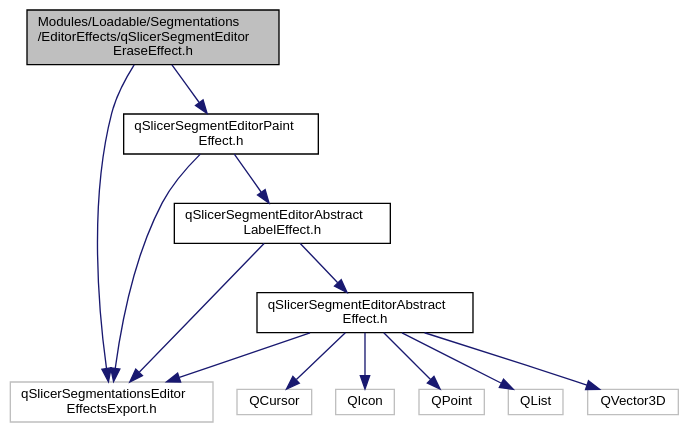
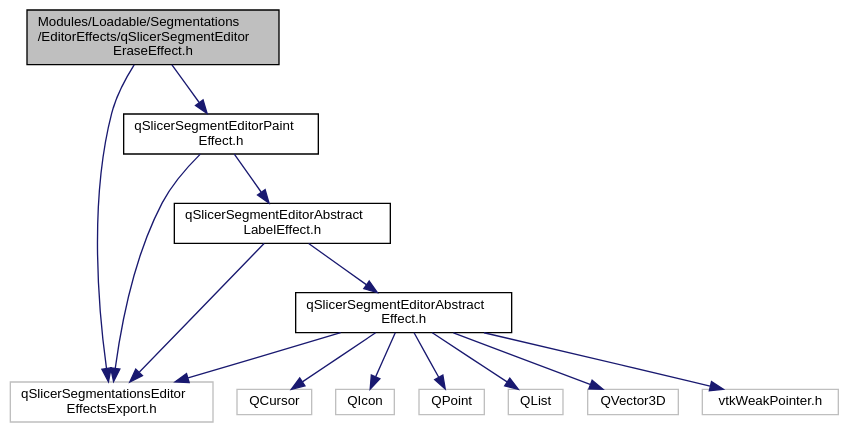
Before and after one commit to jamesobutler/apidocs.slicer.org: the diagram in master/qSlicerSegmentEditorEraseEffect_8h__incl.dot, drawn with Graphviz. The commit also changed 4409 other files, not shown here.

```diff
--- a/master/qSlicerSegmentEditorEraseEffect_8h__incl.dot
+++ b/master/qSlicerSegmentEditorEraseEffect_8h__incl.dot
@@ -1,28 +1,30 @@
 digraph "Modules/Loadable/Segmentations/EditorEffects/qSlicerSegmentEditorEraseEffect.h"
 {
   bgcolor="transparent";
   edge [fontname="Helvetica",fontsize="10",labelfontname="Helvetica",labelfontsize="10"];
   node [fontname="Helvetica",fontsize="10",shape=record];
   Node0 [label="Modules/Loadable/Segmentations\l/EditorEffects/qSlicerSegmentEditor\lEraseEffect.h",height=0.2,width=0.4,color="black", fillcolor="grey75", style="filled", fontcolor="black"];
   Node0 -> Node1 [color="midnightblue",fontsize="10",style="solid",fontname="Helvetica"];
   Node1 [label="qSlicerSegmentationsEditor\lEffectsExport.h",height=0.2,width=0.4,color="grey75"];
   Node0 -> Node2 [color="midnightblue",fontsize="10",style="solid",fontname="Helvetica"];
   Node2 [label="qSlicerSegmentEditorPaint\lEffect.h",height=0.2,width=0.4,color="black",URL="$qSlicerSegmentEditorPaintEffect_8h.html"];
   Node2 -> Node1 [color="midnightblue",fontsize="10",style="solid",fontname="Helvetica"];
   Node2 -> Node3 [color="midnightblue",fontsize="10",style="solid",fontname="Helvetica"];
   Node3 [label="qSlicerSegmentEditorAbstract\lLabelEffect.h",height=0.2,width=0.4,color="black",URL="$qSlicerSegmentEditorAbstractLabelEffect_8h.html"];
   Node3 -> Node1 [color="midnightblue",fontsize="10",style="solid",fontname="Helvetica"];
   Node3 -> Node4 [color="midnightblue",fontsize="10",style="solid",fontname="Helvetica"];
   Node4 [label="qSlicerSegmentEditorAbstract\lEffect.h",height=0.2,width=0.4,color="black",URL="$qSlicerSegmentEditorAbstractEffect_8h.html"];
   Node4 -> Node1 [color="midnightblue",fontsize="10",style="solid",fontname="Helvetica"];
   Node4 -> Node5 [color="midnightblue",fontsize="10",style="solid",fontname="Helvetica"];
   Node5 [label="QCursor",height=0.2,width=0.4,color="grey75"];
   Node4 -> Node6 [color="midnightblue",fontsize="10",style="solid",fontname="Helvetica"];
   Node6 [label="QIcon",height=0.2,width=0.4,color="grey75"];
   Node4 -> Node7 [color="midnightblue",fontsize="10",style="solid",fontname="Helvetica"];
   Node7 [label="QPoint",height=0.2,width=0.4,color="grey75"];
   Node4 -> Node8 [color="midnightblue",fontsize="10",style="solid",fontname="Helvetica"];
   Node8 [label="QList",height=0.2,width=0.4,color="grey75"];
   Node4 -> Node9 [color="midnightblue",fontsize="10",style="solid",fontname="Helvetica"];
   Node9 [label="QVector3D",height=0.2,width=0.4,color="grey75"];
+  Node4 -> Node10 [color="midnightblue",fontsize="10",style="solid",fontname="Helvetica"];
+  Node10 [label="vtkWeakPointer.h",height=0.2,width=0.4,color="grey75"];
 }
```
